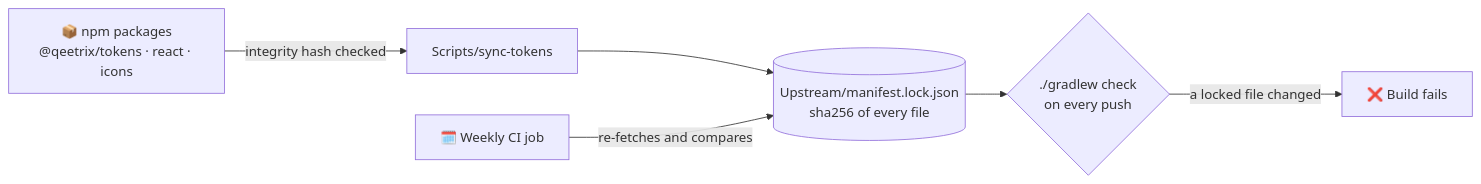
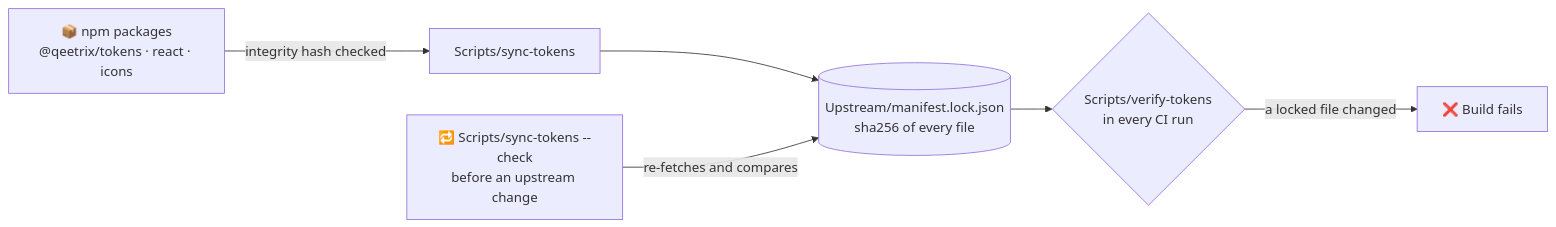
Before and after one commit to qeetgroup/qeetrix-android: the diagram in SECURITY.md, drawn with Mermaid. The commit also changed 15 other files, not shown here.

````diff
--- a/SECURITY.md
+++ b/SECURITY.md
@@ -16,8 +16,8 @@
 ```mermaid
 flowchart LR
     N["📦 npm packages<br/>@qeetrix/tokens · react · icons"] -->|"integrity hash checked"| S["Scripts/sync-tokens"]
     S --> L[("Upstream/manifest.lock.json<br/>sha256 of every file")]
-    L --> C{"./gradlew check<br/>on every push"}
+    L --> C{"Scripts/verify-tokens<br/>in every CI run"}
     C -->|"a locked file changed"| F["❌ Build fails"]
-    W["🗓️ Weekly CI job"] -->|"re-fetches and compares"| L
+    W["🔁 Scripts/sync-tokens --check<br/>before an upstream change"] -->|"re-fetches and compares"| L
 ```
````
